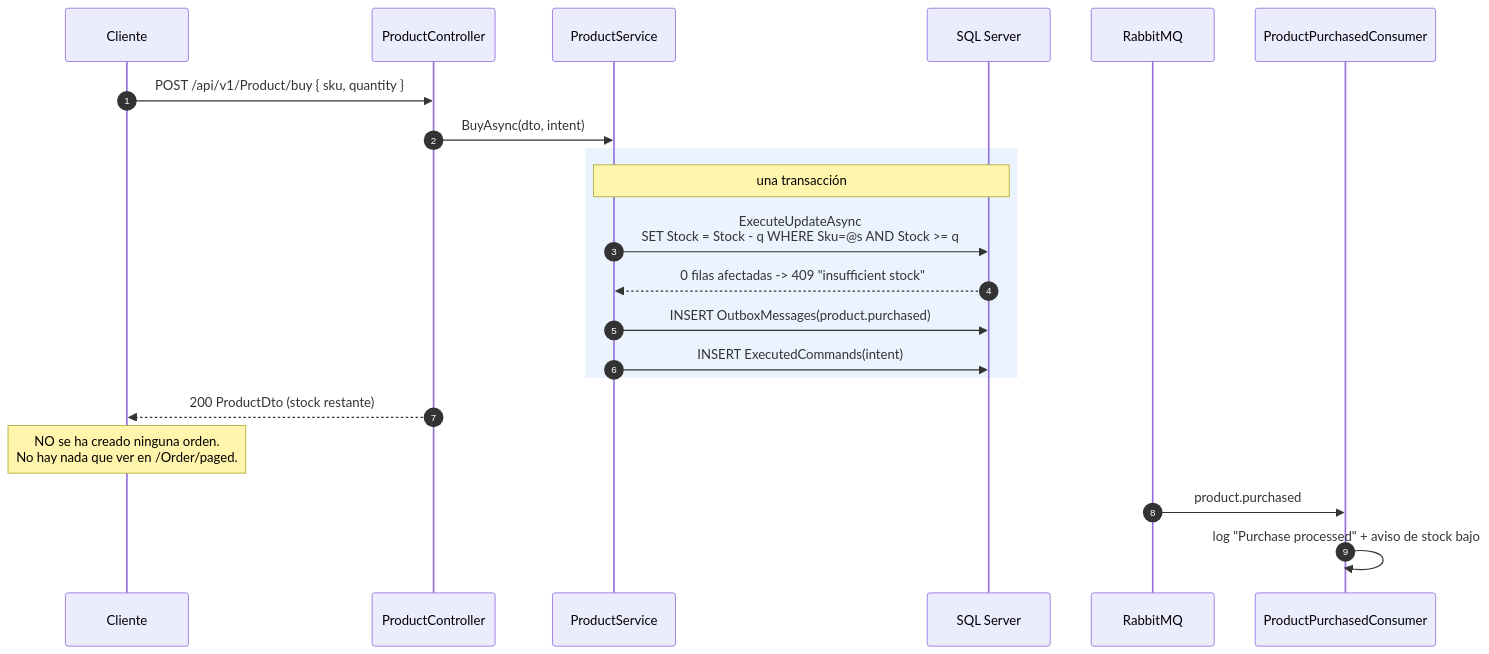
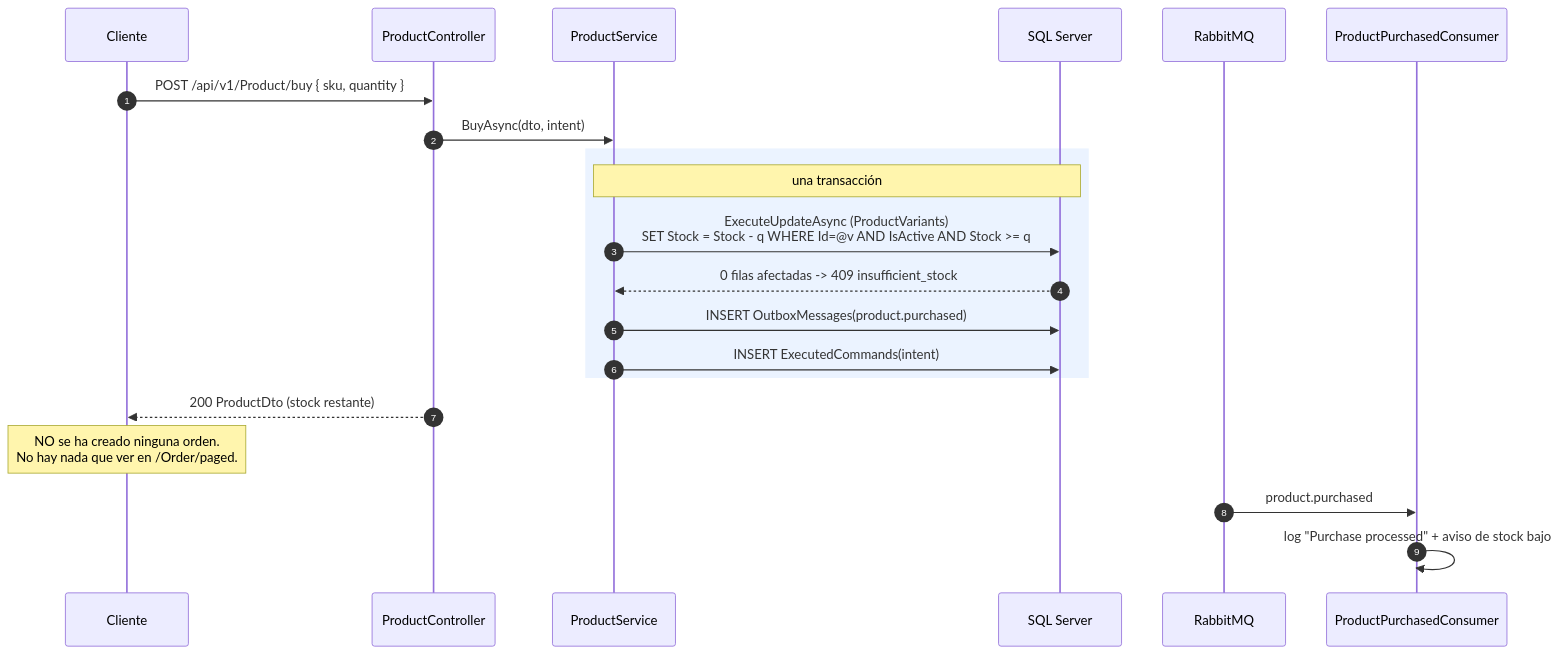
One commit to AlexMartin998/dotnet-ecommerce-v1 changed the third of 6 diagrams in AGENTS/docs/08-mapa-de-endpoints.md. Above: the diagram before and after it, drawn with Mermaid. The commit also changed other lines of this file and 52 other files, not shown here.

First line of the commit message:
feat(catalog): add product variants with per-size stock

````diff
--- a/AGENTS/docs/08-mapa-de-endpoints.md
+++ b/AGENTS/docs/08-mapa-de-endpoints.md
@@ -393,24 +403,24 @@
 ```mermaid
 sequenceDiagram
     autonumber
     participant C as Cliente
     participant Ctl as ProductController
     participant Svc as ProductService
     participant DB as SQL Server
     participant MQ as RabbitMQ
     participant Cons as ProductPurchasedConsumer
 
     C->>Ctl: POST /api/v1/Product/buy { sku, quantity }
     Ctl->>Svc: BuyAsync(dto, intent)
     rect rgb(235, 243, 255)
     Note over Svc,DB: una transacción
-    Svc->>DB: ExecuteUpdateAsync<br/>SET Stock = Stock - q WHERE Sku=@s AND Stock >= q
-    DB-->>Svc: 0 filas afectadas -> 409 "insufficient stock"
+    Svc->>DB: ExecuteUpdateAsync (ProductVariants)<br/>SET Stock = Stock - q WHERE Id=@v AND IsActive AND Stock >= q
+    DB-->>Svc: 0 filas afectadas -> 409 insufficient_stock
     Svc->>DB: INSERT OutboxMessages(product.purchased)
     Svc->>DB: INSERT ExecutedCommands(intent)
     end
     Ctl-->>C: 200 ProductDto (stock restante)
     Note over C: NO se ha creado ninguna orden.<br/>No hay nada que ver en /Order/paged.
     MQ->>Cons: product.purchased
     Cons->>Cons: log "Purchase processed" + aviso de stock bajo
 ```
````
